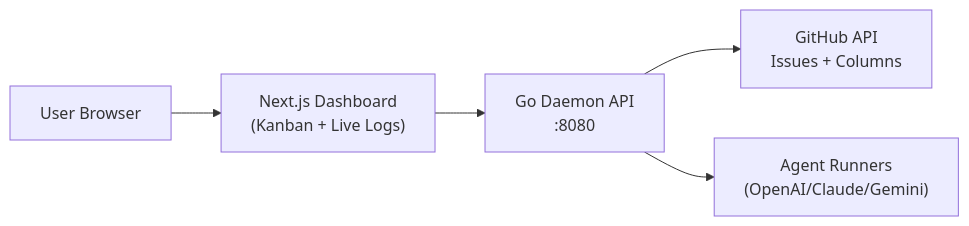
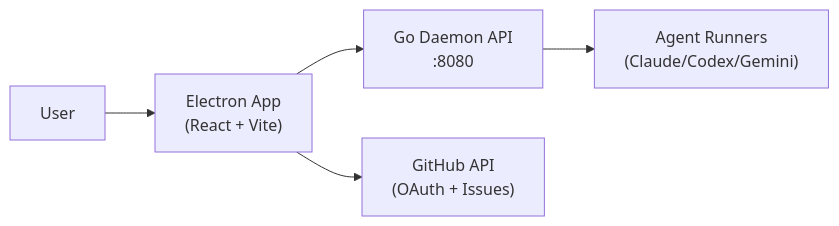
Before and after one commit to yuribodo/auto-issue: the diagram in FRONTEND.md, drawn with Mermaid. The commit also changed other lines of this file and 3 other files, not shown here.

````diff
--- a/FRONTEND.md
+++ b/FRONTEND.md
@@ -12,7 +15,7 @@
 ```mermaid
 flowchart LR
-    U[User Browser] --> FE["Next.js Dashboard\n(Kanban + Live Logs)"]
-    FE --> BE["Go Daemon API\n:8080"]
-    BE --> GH["GitHub API\nIssues + Columns"]
-    BE --> AG["Agent Runners\n(OpenAI/Claude/Gemini)"]
+    U[User] --> EA["Electron App\n(React + Vite)"]
+    EA --> BE["Go Daemon API\n:8080"]
+    BE --> AG["Agent Runners\n(Claude/Codex/Gemini)"]
+    EA --> GH["GitHub API\n(OAuth + Issues)"]
 ```
````
